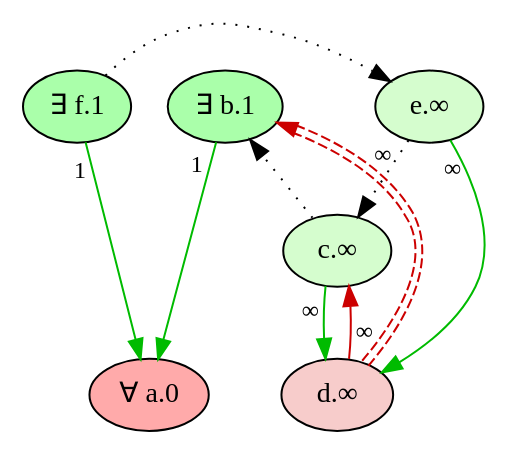
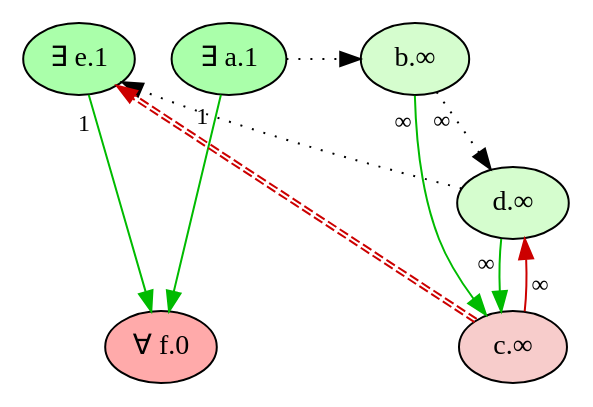
One commit to idaks/Games-and-Argumentation changed the diagram in Refactor/imgs/wm_graph_sb/clean_game_pw_2.dot. Above: the diagram before and after it, drawn with Graphviz. The commit also changed 85 other files, not shown here.

```diff
--- a/Refactor/imgs/wm_graph_sb/clean_game_pw_2.dot
+++ b/Refactor/imgs/wm_graph_sb/clean_game_pw_2.dot
@@ -1,32 +1,32 @@
 digraph {
     rankdir="TB"
     node [style=filled fontname="Palatino" fontsize=14]
     node [fillcolor="#AAFFAA"]
-    "f" [label="∃ f.1"]
-    "b" [label="∃ b.1"]
+    "e" [label="∃ e.1"]
+    "a" [label="∃ a.1"]
     node [fillcolor="#FFAAAA"]
-    "a" [label="∀ a.0"]
+    "f" [label="∀ f.0"]
     node [fillcolor="#d5fdce"]
+    "b" [label="b.∞"]
+    "d" [label="d.∞"]
+    node [fillcolor="#f7cccb"]
     "c" [label="c.∞"]
-    "e" [label="e.∞"]
-    node [fillcolor="#f7cccb"]
-    "d" [label="d.∞"]
     edge[labeldistance=1.5 fontsize=12]
-    edge [color="#00BB00" style="solid" dir="forward" taillabel="1"]
-           "b" -> "a" 
-           "f" -> "a" 
     edge [color="#00BB00" style="solid" dir="forward" taillabel="∞"]
-           "c" -> "d" 
-           "e" -> "d" 
-    edge [color="#CC0000" style="solid" dir="forward" taillabel="∞"]
+           "b" -> "c" 
            "d" -> "c" 
     edge [color="black" style="dotted" dir="forward" taillabel="∞"]
-           "e" -> "c" 
+           "b" -> "d" 
+    edge [color="#CC0000" style="solid" dir="forward" taillabel="∞"]
+           "c" -> "d" 
+    edge [color="#00BB00" style="solid" dir="forward" taillabel="1"]
+           "e" -> "f" 
+           "a" -> "f" 
     edge [color="black" style="dotted" dir="forward" taillabel="" constraint=false]
-           "c" -> "b" 
-           "f" -> "e" 
-    edge [color="#CC0000:invis:#CC0000" style="dashed" dir="forward" taillabel="" constraint=false]
-           "d" -> "b" 
-    {rank = max a}
-    {rank = min f b}
+           "a" -> "b" 
+           "d" -> "e" 
+    edge [color="#CC0000:#CC0000" style="dashed" dir="forward" taillabel="" constraint=false]
+           "c" -> "e" 
+    {rank = max f}
+    {rank = min e a}
 }
```
